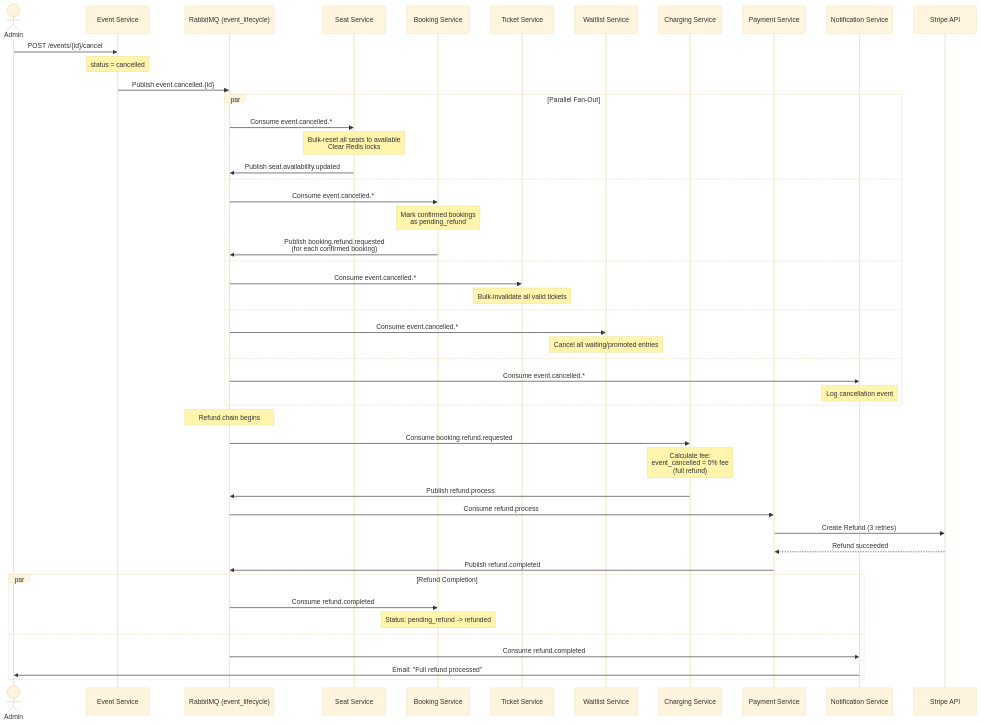
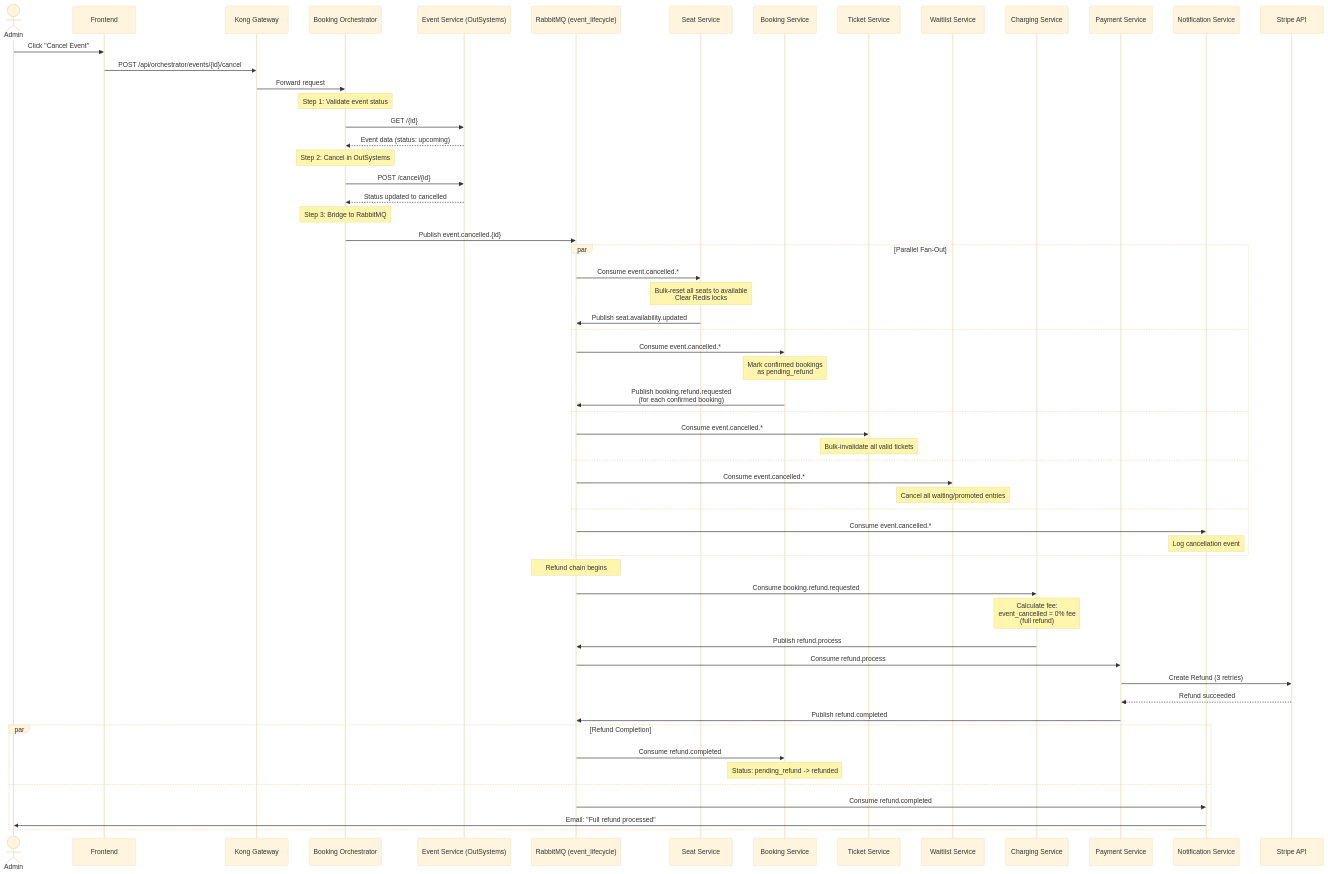
Before and after one commit to joass1/ESD-Ticket-booking: the fourth of 4 diagrams in overview.md, drawn with Mermaid (base theme). The commit also changed other lines of this file and 12 other files, not shown here.

````diff
--- a/overview.md
+++ b/overview.md
@@ -919,61 +925,75 @@
 ```mermaid
 sequenceDiagram
     actor Admin
-    participant Event as Event Service
+    participant FE as Frontend
+    participant Kong as Kong Gateway
+    participant Orch as Booking Orchestrator
+    participant Event as Event Service (OutSystems)
     participant RMQ as RabbitMQ (event_lifecycle)
     participant Seat as Seat Service
     participant Booking as Booking Service
     participant Ticket as Ticket Service
     participant Waitlist as Waitlist Service
     participant Charging as Charging Service
     participant Payment as Payment Service
     participant Notif as Notification Service
     participant Stripe as Stripe API
 
-    Admin->>Event: POST /events/{id}/cancel
-    Note over Event: status = cancelled
-    Event->>RMQ: Publish event.cancelled.{id}
+    Admin->>FE: Click "Cancel Event"
+    FE->>Kong: POST /api/orchestrator/events/{id}/cancel
+    Kong->>Orch: Forward request
+
+    Note over Orch: Step 1: Validate event status
+    Orch->>Event: GET /{id}
+    Event-->>Orch: Event data (status: upcoming)
+
+    Note over Orch: Step 2: Cancel in OutSystems
+    Orch->>Event: POST /cancel/{id}
+    Event-->>Orch: Status updated to cancelled
+
+    Note over Orch: Step 3: Bridge to RabbitMQ
+    Orch->>RMQ: Publish event.cancelled.{id}
 
     par Parallel Fan-Out
         RMQ->>Seat: Consume event.cancelled.*
         Note over Seat: Bulk-reset all seats to available<br/>Clear Redis locks
         Seat->>RMQ: Publish seat.availability.updated
 
     and
         RMQ->>Booking: Consume event.cancelled.*
         Note over Booking: Mark confirmed bookings<br/>as pending_refund
         Booking->>RMQ: Publish booking.refund.requested<br/>(for each confirmed booking)
 
     and
         RMQ->>Ticket: Consume event.cancelled.*
         Note over Ticket: Bulk-invalidate all valid tickets
 
     and
         RMQ->>Waitlist: Consume event.cancelled.*
         Note over Waitlist: Cancel all waiting/promoted entries
 
     and
         RMQ->>Notif: Consume event.cancelled.*
         Note over Notif: Log cancellation event
     end
 
     Note over RMQ: Refund chain begins
 
     RMQ->>Charging: Consume booking.refund.requested
     Note over Charging: Calculate fee:<br/>event_cancelled = 0% fee<br/>(full refund)
     Charging->>RMQ: Publish refund.process
 
     RMQ->>Payment: Consume refund.process
     Payment->>Stripe: Create Refund (3 retries)
     Stripe-->>Payment: Refund succeeded
     Payment->>RMQ: Publish refund.completed
 
     par Refund Completion
         RMQ->>Booking: Consume refund.completed
         Note over Booking: Status: pending_refund -> refunded
 
     and
         RMQ->>Notif: Consume refund.completed
         Notif->>Admin: Email: "Full refund processed"
     end
 ```
````
